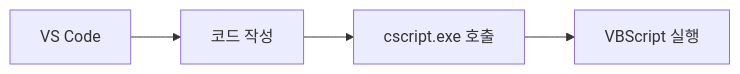
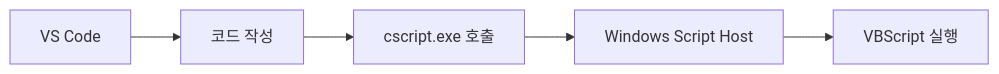
One commit to Team-Microserver/vbscript-doc changed the first of 2 diagrams in docs/01_env/vscode_workspace_setup.md. Above: the diagram before and after it, drawn with Mermaid. The commit also changed other lines of this file and 9 other files, not shown here.

````diff
--- a/docs/01_env/vscode_workspace_setup.md
+++ b/docs/01_env/vscode_workspace_setup.md
@@ -25,6 +30,7 @@
 ```mermaid
 flowchart LR
     A[VS Code] --> B[코드 작성]
     B --> C[cscript.exe 호출]
-    C --> D[VBScript 실행]
+    C --> D[Windows Script Host]
+    D --> E[VBScript 실행]
 ```
````
